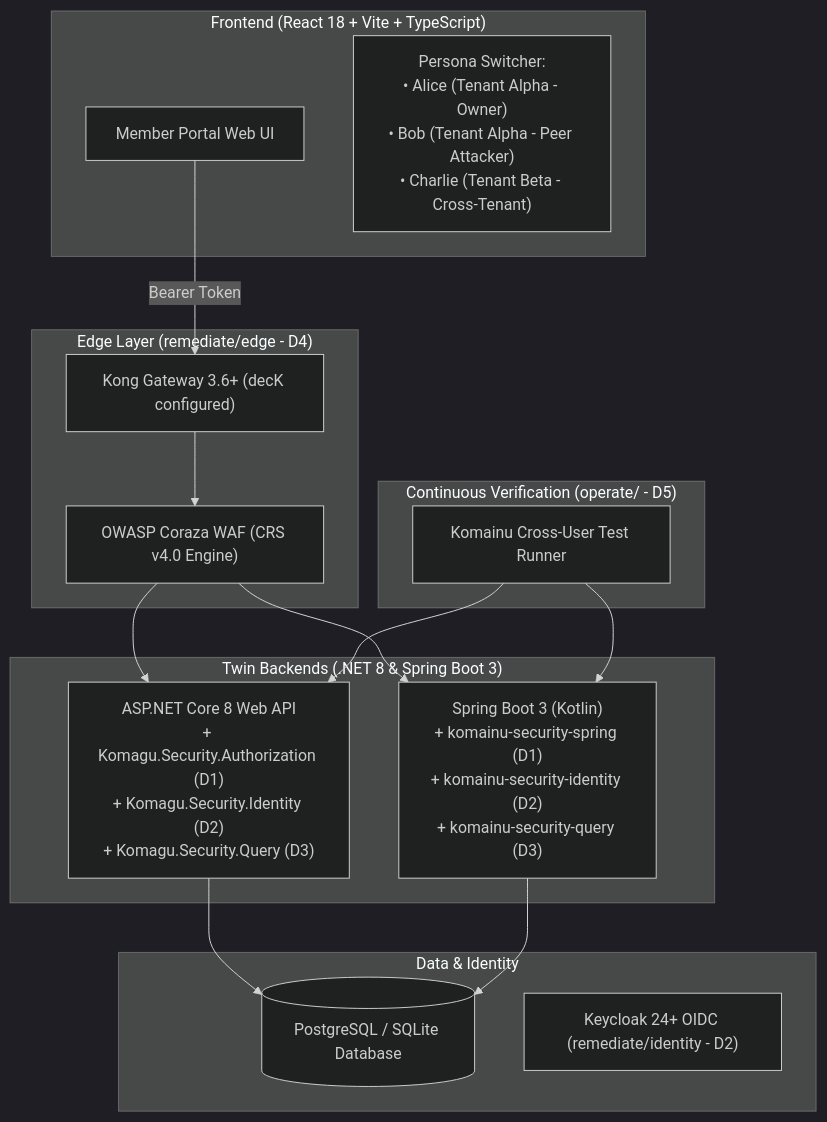
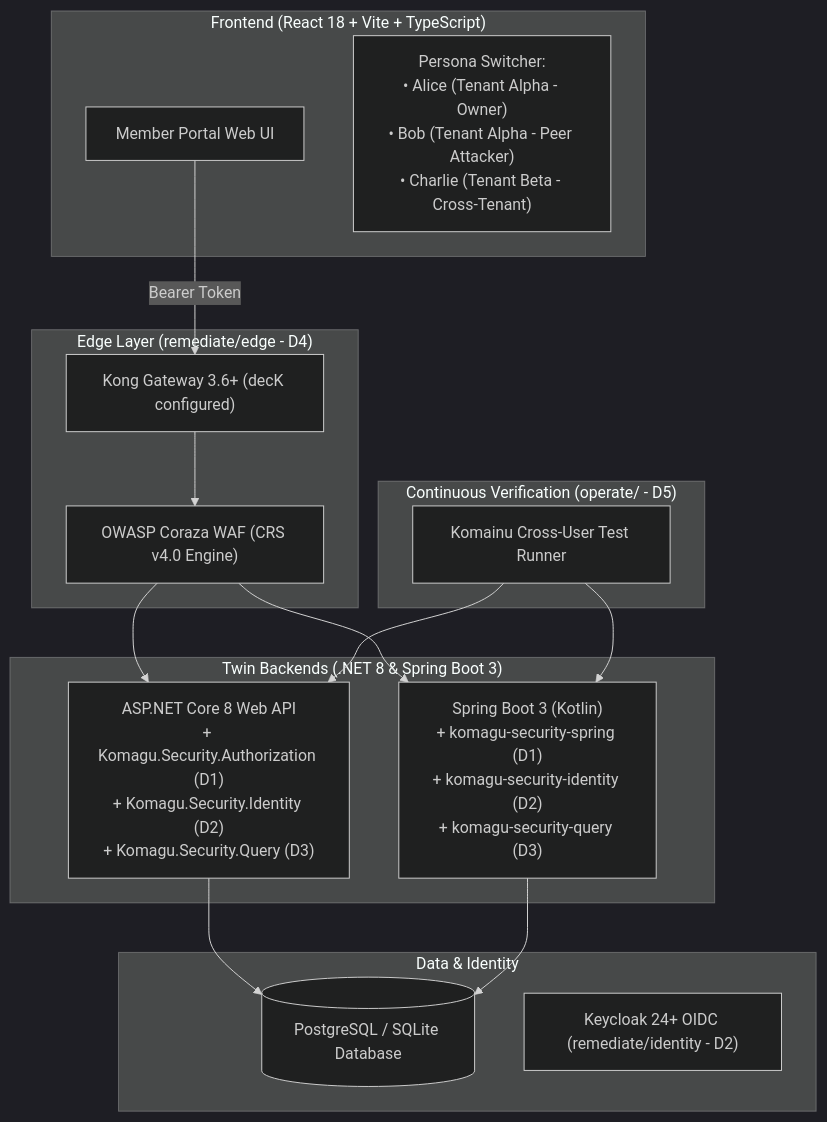
One commit to hoanghainh1188/komagu changed the diagram in examples/member-portal/README.md. Above: the diagram before and after it, drawn with Mermaid (dark theme). The commit also changed other lines of this file and 93 other files, not shown here.

Commit message:
refactor(spring): rename Spring/Kotlin modules to io.komagu (#299)

````diff
--- a/examples/member-portal/README.md
+++ b/examples/member-portal/README.md
@@ -9,31 +9,31 @@
 ```mermaid
 flowchart TD
     subgraph Client["Frontend (React 18 + Vite + TypeScript)"]
         UI["Member Portal Web UI"]
         Switcher["Persona Switcher:<br>• Alice (Tenant Alpha - Owner)<br>• Bob (Tenant Alpha - Peer Attacker)<br>• Charlie (Tenant Beta - Cross-Tenant)"]
     end
 
     subgraph Edge["Edge Layer (remediate/edge - D4)"]
         Kong["Kong Gateway 3.6+ (decK configured)"]
         Coraza["OWASP Coraza WAF (CRS v4.0 Engine)"]
     end
 
     subgraph Backends["Twin Backends (.NET 8 & Spring Boot 3)"]
         DotNet["ASP.NET Core 8 Web API<br>+ Komagu.Security.Authorization (D1)<br>+ Komagu.Security.Identity (D2)<br>+ Komagu.Security.Query (D3)"]
-        Spring["Spring Boot 3 (Kotlin)<br>+ komainu-security-spring (D1)<br>+ komainu-security-identity (D2)<br>+ komainu-security-query (D3)"]
+        Spring["Spring Boot 3 (Kotlin)<br>+ komagu-security-spring (D1)<br>+ komagu-security-identity (D2)<br>+ komagu-security-query (D3)"]
     end
 
     subgraph Storage["Data & Identity"]
         DB[("PostgreSQL / SQLite Database")]
         Keycloak["Keycloak 24+ OIDC (remediate/identity - D2)"]
     end
 
     UI -->|"Bearer Token"| Kong
     Kong --> Coraza
     Coraza --> DotNet & Spring
     DotNet & Spring --> DB
 
     subgraph CI["Continuous Verification (operate/ - D5)"]
         D5["Komainu Cross-User Test Runner"] --> DotNet & Spring
     end
 ```
````
